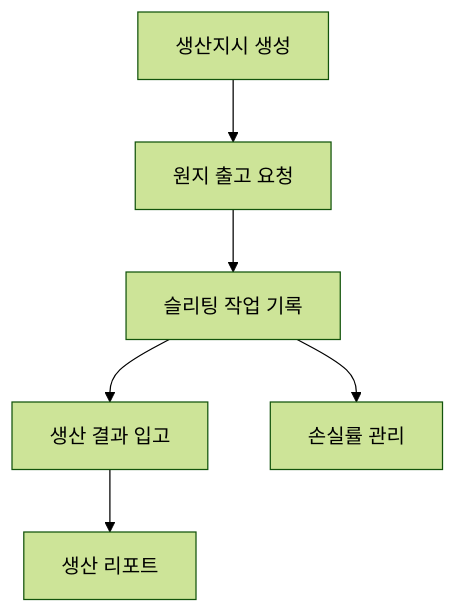
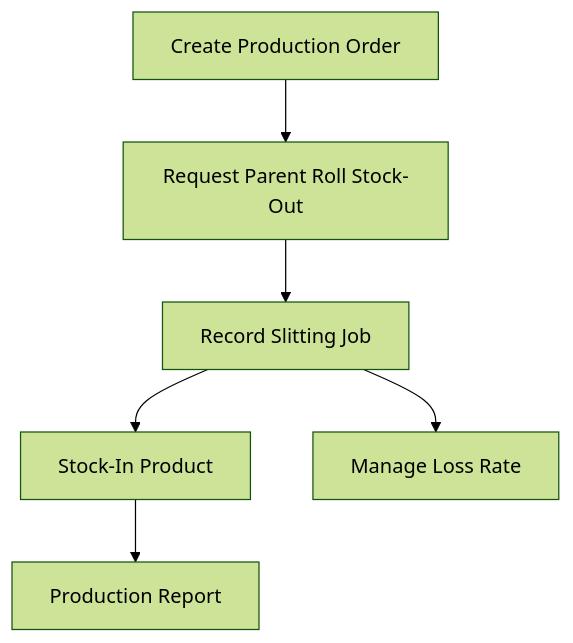
One commit to ftrskuk/chisan-platform changed the second of 2 diagrams in docs/03-modules/production.md. Above: the diagram before and after it, drawn with Mermaid (forest theme). The commit also changed other lines of this file and 36 other files, not shown here.

````diff
--- a/docs/03-modules/production.md
+++ b/docs/03-modules/production.md
@@ -32,8 +36,8 @@
 ```mermaid
 graph TD
-    F1[생산지시 생성] --> F2[원지 출고 요청]
-    F2 --> F3[슬리팅 작업 기록]
-    F3 --> F4[생산 결과 입고]
-    F3 --> F5[손실률 관리]
-    F4 --> F6[생산 리포트]
+    F1[Create Production Order] --> F2[Request Parent Roll Stock-Out]
+    F2 --> F3[Record Slitting Job]
+    F3 --> F4[Stock-In Product]
+    F3 --> F5[Manage Loss Rate]
+    F4 --> F6[Production Report]
 ```
````
